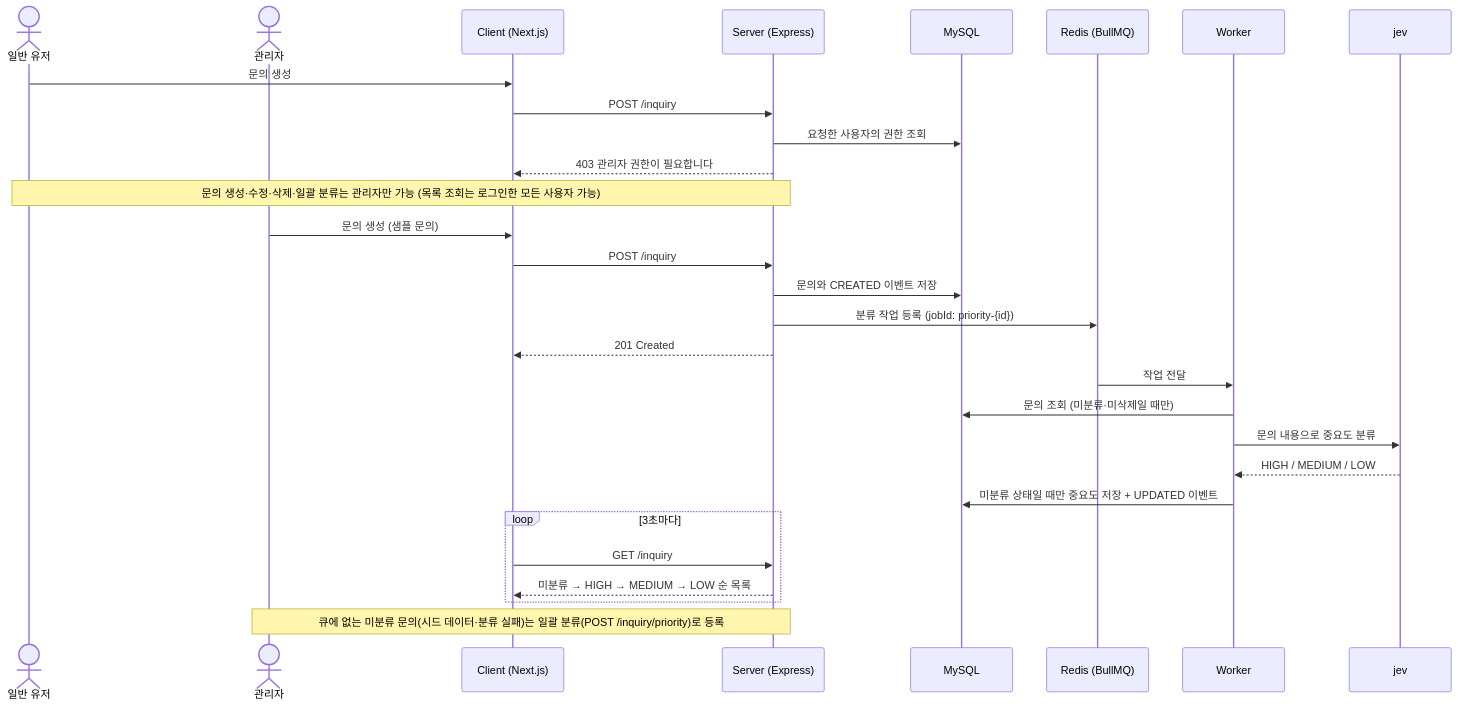
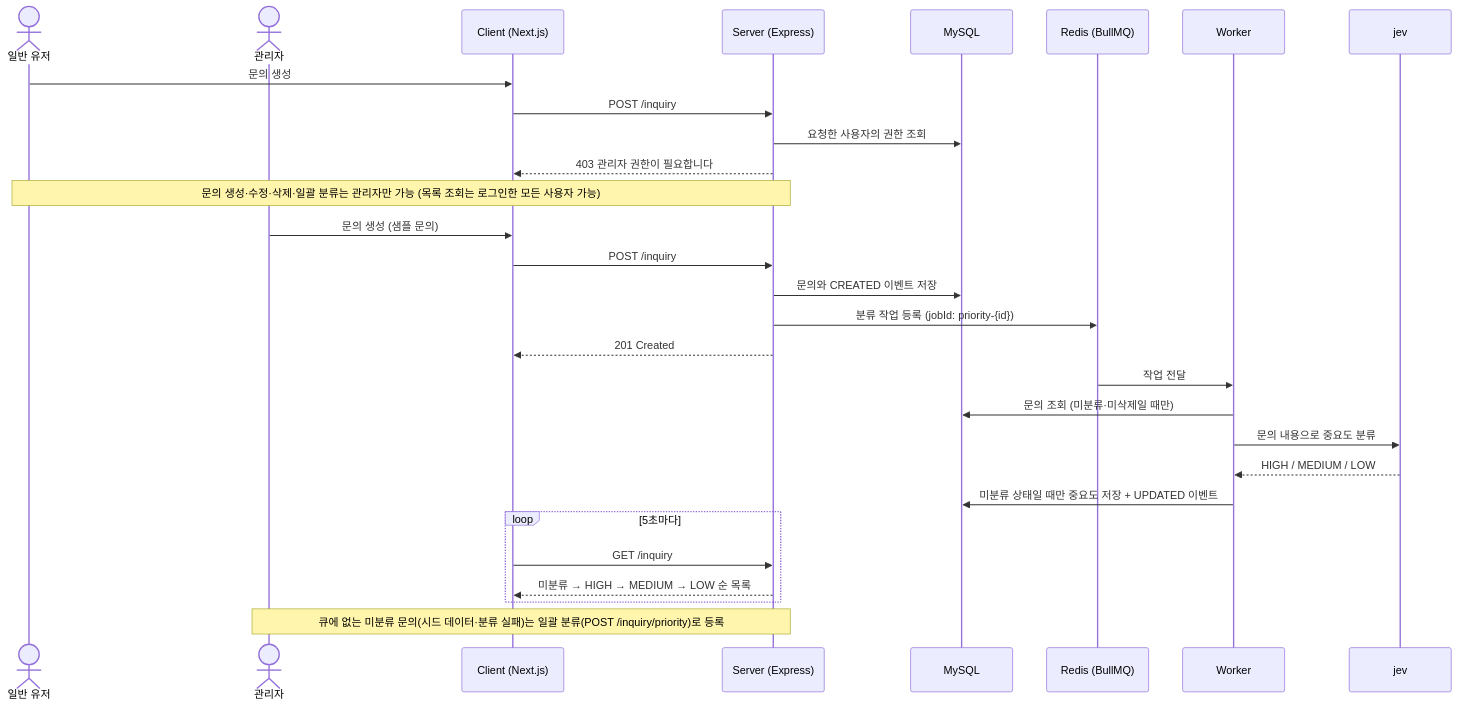
Before and after one commit to sungyun6789/ai-inquiry-admin: the diagram in README.md, drawn with Mermaid.

````diff
--- a/README.md
+++ b/README.md
@@ -11,33 +11,33 @@
 ```mermaid
 sequenceDiagram
     actor U as 일반 유저
     actor A as 관리자
     participant C as Client (Next.js)
     participant S as Server (Express)
     participant DB as MySQL
     participant Q as Redis (BullMQ)
     participant W as Worker
     participant AI as jev
 
     U->>C: 문의 생성
     C->>S: POST /inquiry
     S->>DB: 요청한 사용자의 권한 조회
     S-->>C: 403 관리자 권한이 필요합니다
     Note over U,S: 문의 생성·수정·삭제·일괄 분류는 관리자만 가능 (목록 조회는 로그인한 모든 사용자 가능)
 
     A->>C: 문의 생성 (샘플 문의)
     C->>S: POST /inquiry
     S->>DB: 문의와 CREATED 이벤트 저장
     S->>Q: 분류 작업 등록 (jobId: priority-{id})
     S-->>C: 201 Created
     Q->>W: 작업 전달
     W->>DB: 문의 조회 (미분류·미삭제일 때만)
     W->>AI: 문의 내용으로 중요도 분류
     AI-->>W: HIGH / MEDIUM / LOW
     W->>DB: 미분류 상태일 때만 중요도 저장 + UPDATED 이벤트
-    loop 3초마다
+    loop 5초마다
         C->>S: GET /inquiry
         S-->>C: 미분류 → HIGH → MEDIUM → LOW 순 목록
     end
     Note over A,S: 큐에 없는 미분류 문의(시드 데이터·분류 실패)는 일괄 분류(POST /inquiry/priority)로 등록
 ```
````
